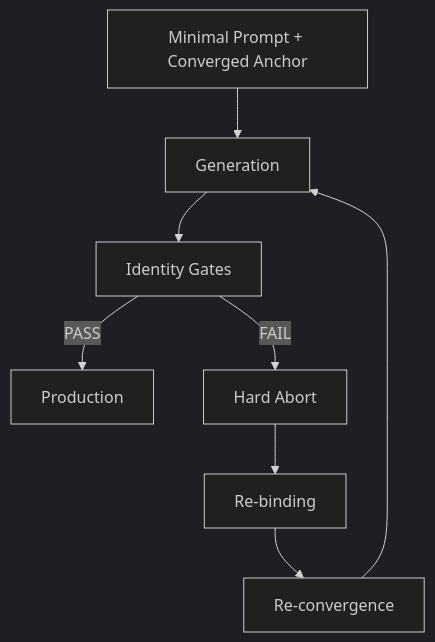
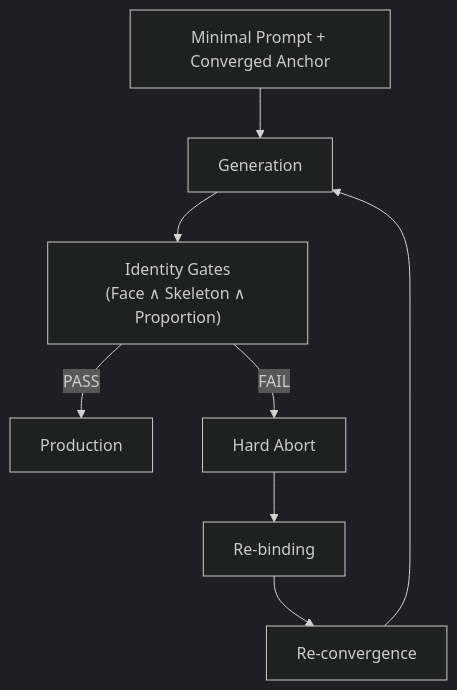
One commit to watadani-byte/character-identity-protocol changed the first of 2 diagrams in README.md. Above: the diagram before and after it, drawn with Mermaid (dark theme).

Commit message:
README.md を更新

````diff
--- a/README.md
+++ b/README.md
@@ -21,10 +21,11 @@
 ```mermaid
 flowchart TD
     A[Minimal Prompt + Converged Anchor] --> B[Generation]
-    B --> C[Identity Gates]
+    B --> C["Identity Gates
+(Face ∧ Skeleton ∧ Proportion)"]
     C -->|PASS| D[Production]
     C -->|FAIL| E[Hard Abort]
     E --> F[Re-binding]
     F --> G[Re-convergence]
     G --> B
 ```
````
